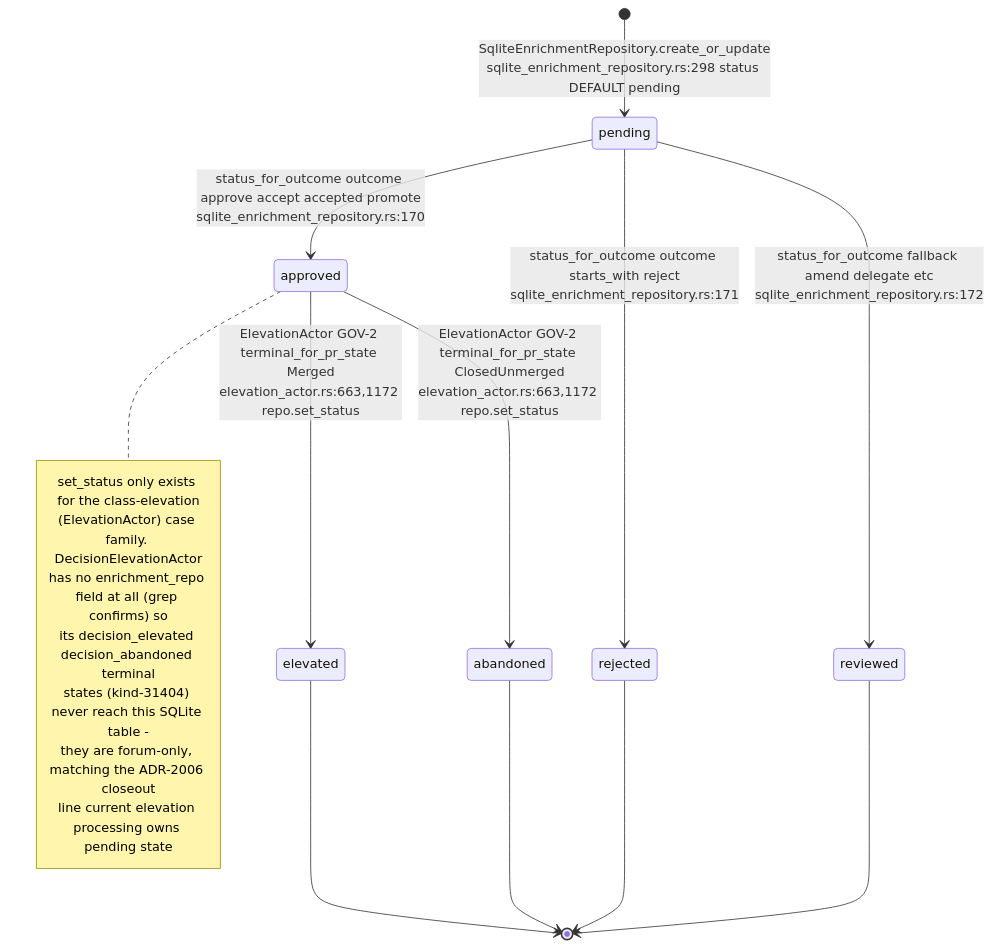
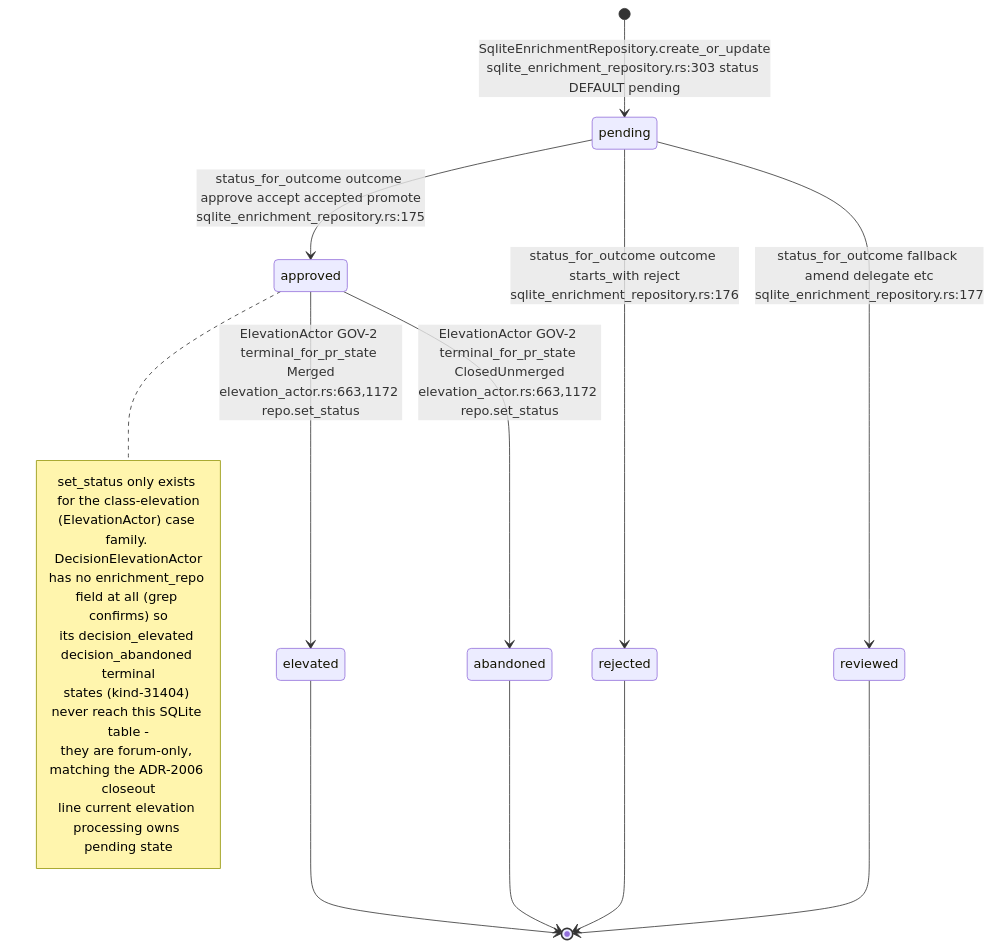
Before and after one commit to DreamLab-AI/AR-AI-Knowledge-Graph: the first of 11 diagrams in docs/diagrams/visionclaw/24-acsp-decision-elevation.md, drawn with Mermaid. The commit also changed other lines of this file and 73 other files, not shown here.

First line of the commit message:
docs(diagrams): re-verify all 71 topic files against HEAD; add --cite-check

````diff
--- a/docs/diagrams/visionclaw/24-acsp-decision-elevation.md
+++ b/docs/diagrams/visionclaw/24-acsp-decision-elevation.md
@@ -39,22 +40,22 @@
 ```mermaid
 stateDiagram-v2
-    [*] --> pending: SqliteEnrichmentRepository.create_or_update<br/>sqlite_enrichment_repository.rs:298 status DEFAULT pending
-    pending --> approved: status_for_outcome outcome approve accept accepted promote<br/>sqlite_enrichment_repository.rs:170
-    pending --> rejected: status_for_outcome outcome starts_with reject<br/>sqlite_enrichment_repository.rs:171
-    pending --> reviewed: status_for_outcome fallback amend delegate etc<br/>sqlite_enrichment_repository.rs:172
+    [*] --> pending: SqliteEnrichmentRepository.create_or_update<br/>sqlite_enrichment_repository.rs:303 status DEFAULT pending
+    pending --> approved: status_for_outcome outcome approve accept accepted promote<br/>sqlite_enrichment_repository.rs:175
+    pending --> rejected: status_for_outcome outcome starts_with reject<br/>sqlite_enrichment_repository.rs:176
+    pending --> reviewed: status_for_outcome fallback amend delegate etc<br/>sqlite_enrichment_repository.rs:177
     approved --> elevated: ElevationActor GOV-2 terminal_for_pr_state Merged<br/>elevation_actor.rs:663,1172 repo.set_status
     approved --> abandoned: ElevationActor GOV-2 terminal_for_pr_state ClosedUnmerged<br/>elevation_actor.rs:663,1172 repo.set_status
     elevated --> [*]
     abandoned --> [*]
     rejected --> [*]
     reviewed --> [*]
     note right of approved
       set_status only exists for the class-elevation
       (ElevationActor) case family. DecisionElevationActor
       has no enrichment_repo field at all (grep confirms) so
       its decision_elevated decision_abandoned terminal
       states (kind-31404) never reach this SQLite table -
       they are forum-only, matching the ADR-2006 closeout
       line current elevation processing owns pending state
     end note
 ```
````
